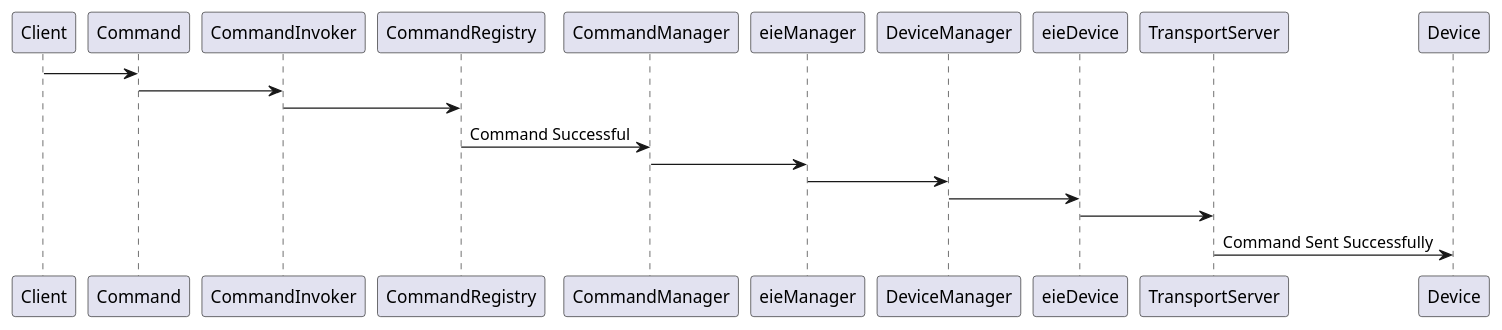
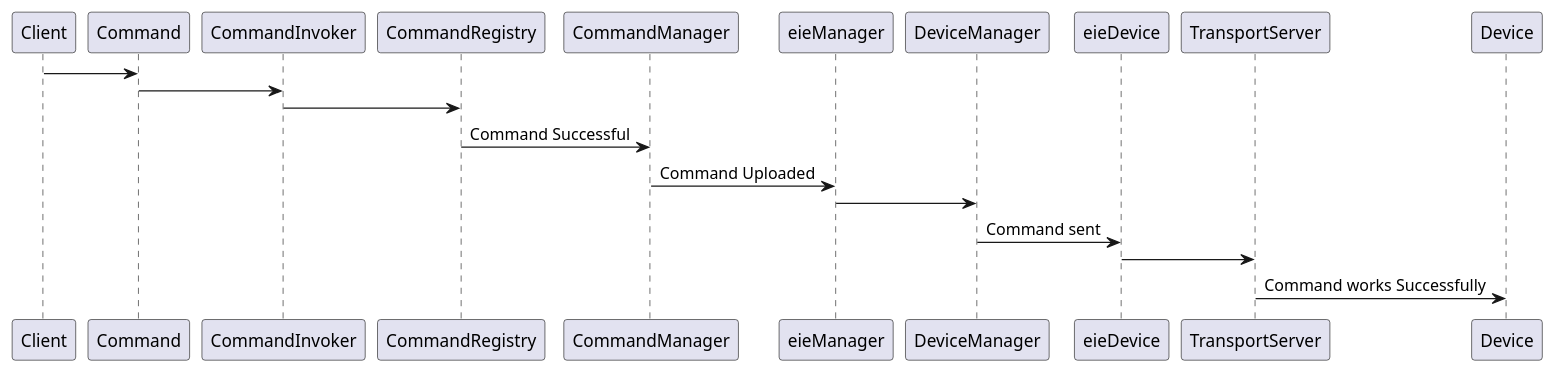
One commit to oscarfc164/ie0417-dev changed the second of 2 diagrams in docs/source/labs/lab1/lab1.rst. Above: the diagram before and after it, drawn with PlantUML. The commit also changed other lines of this file, not shown here.

Commit message:
Modified Class UML Diagram Improving the diagram into a better desing

```diff
--- a/docs/source/labs/lab1/lab1.rst
+++ b/docs/source/labs/lab1/lab1.rst
@@ -278,15 +283,15 @@
 .. uml::
 
     @startuml
     Client -> Command
 
 
     Command -> CommandInvoker
     CommandInvoker -> CommandRegistry
     CommandRegistry -> CommandManager: Command Successful
-    CommandManager -> eieManager
+    CommandManager -> eieManager: Command Uploaded
     eieManager -> DeviceManager
-    DeviceManager -> eieDevice
+    DeviceManager -> eieDevice: Command sent
     eieDevice -> TransportServer 
-    TransportServer -> Device: Command Sent Successfully
+    TransportServer -> Device: Command works Successfully
     @enduml
```
